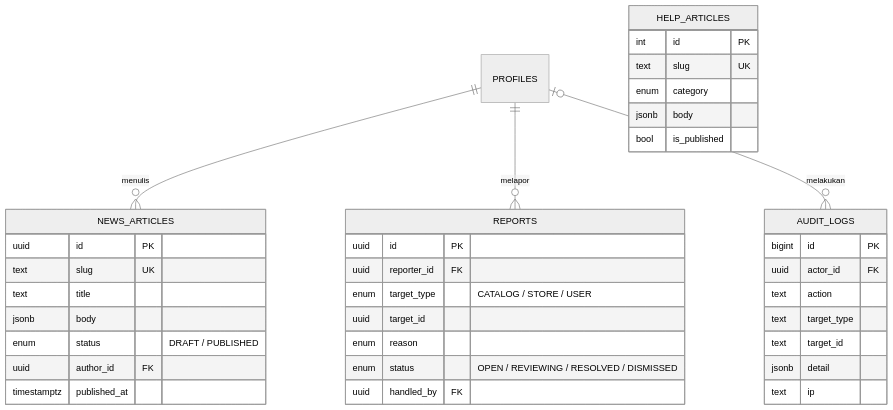
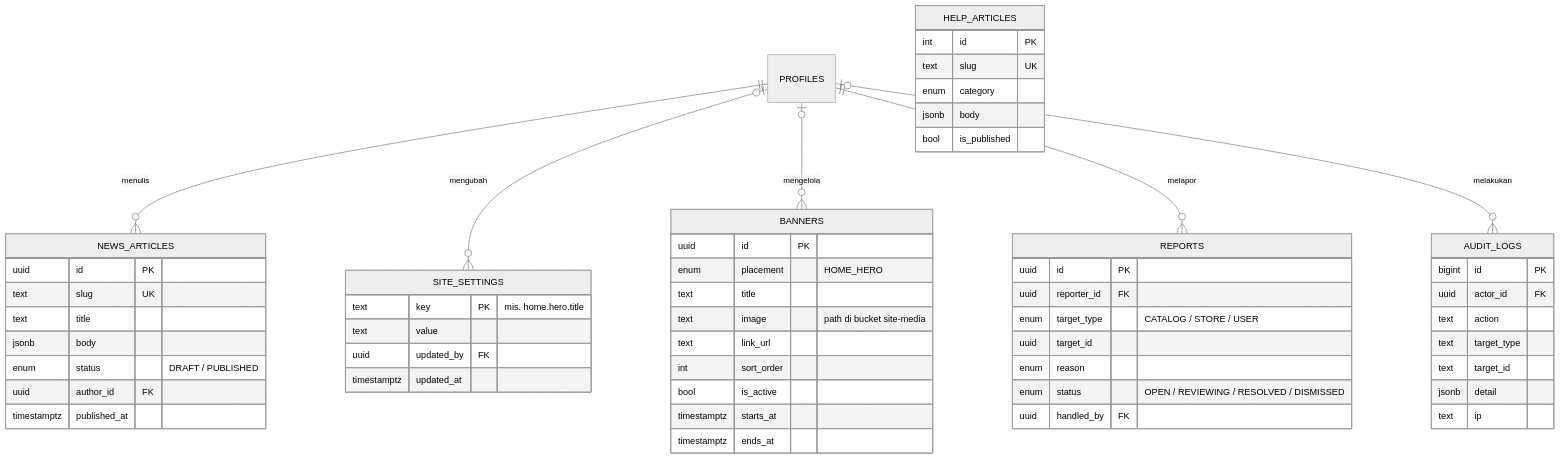
One commit to balaqiang/valostock changed the seventh of 7 diagrams in docs/modeling/03-erd.md. Above: the diagram before and after it, drawn with Mermaid (neutral theme). The commit also changed other lines of this file and 8 other files, not shown here.

Commit message:
docs: site CMS — texts, home banners, game banners (DFD 2.7, ERD 55 tables)

````diff
--- a/docs/modeling/03-erd.md
+++ b/docs/modeling/03-erd.md
@@ -534,41 +534,60 @@
 ```mermaid
 erDiagram
     PROFILES ||--o{ NEWS_ARTICLES : "menulis"
+    PROFILES |o--o{ SITE_SETTINGS : "mengubah"
+    PROFILES |o--o{ BANNERS : "mengelola"
     PROFILES ||--o{ REPORTS : "melapor"
     PROFILES |o--o{ AUDIT_LOGS : "melakukan"
 
     NEWS_ARTICLES {
         uuid id PK
         text slug UK
         text title
         jsonb body
         enum status "DRAFT / PUBLISHED"
         uuid author_id FK
         timestamptz published_at
+    }
+    SITE_SETTINGS {
+        text key PK "mis. home.hero.title"
+        text value
+        uuid updated_by FK
+        timestamptz updated_at
+    }
+    BANNERS {
+        uuid id PK
+        enum placement "HOME_HERO"
+        text title
+        text image "path di bucket site-media"
+        text link_url
+        int sort_order
+        bool is_active
+        timestamptz starts_at
+        timestamptz ends_at
     }
     HELP_ARTICLES {
         int id PK
         text slug UK
         enum category
         jsonb body
         bool is_published
     }
     REPORTS {
         uuid id PK
         uuid reporter_id FK
         enum target_type "CATALOG / STORE / USER"
         uuid target_id
         enum reason
         enum status "OPEN / REVIEWING / RESOLVED / DISMISSED"
         uuid handled_by FK
     }
     AUDIT_LOGS {
         bigint id PK
         uuid actor_id FK
         text action
         text target_type
         text target_id
         jsonb detail
         text ip
     }
 ```
````
